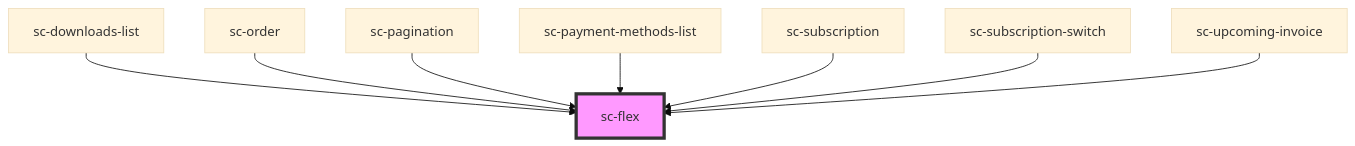
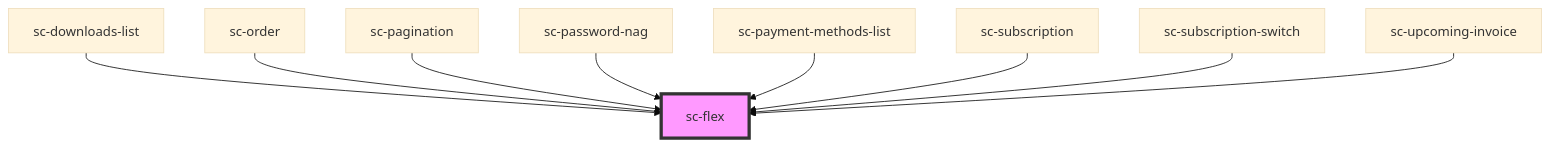
Before and after one commit to surecart/surecart-wp-plugin: the diagram in packages/components/src/components/ui/flex/readme.md, drawn with Mermaid (base theme). The commit also changed other lines of this file and 19 other files, not shown here.

Commit message:
Add password nag to dashboard.

````diff
--- a/packages/components/src/components/ui/flex/readme.md
+++ b/packages/components/src/components/ui/flex/readme.md
@@ -32,11 +33,12 @@
 ```mermaid
 graph TD;
   sc-downloads-list --> sc-flex
   sc-order --> sc-flex
   sc-pagination --> sc-flex
+  sc-password-nag --> sc-flex
   sc-payment-methods-list --> sc-flex
   sc-subscription --> sc-flex
   sc-subscription-switch --> sc-flex
   sc-upcoming-invoice --> sc-flex
   style sc-flex fill:#f9f,stroke:#333,stroke-width:4px
 ```
````
